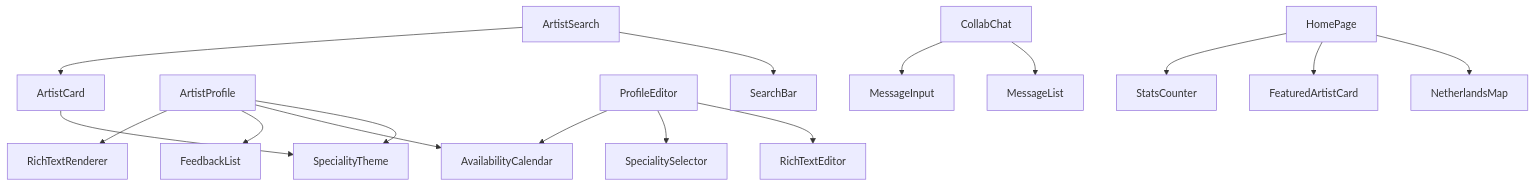
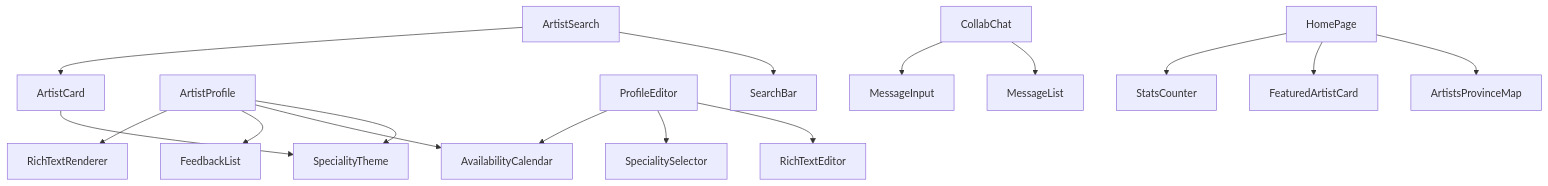
One commit to nrajesh/artist-discovery-portal changed the third of 4 diagrams in .kiro/specs/carnatic-artist-portal/design.md. Above: the diagram before and after it, drawn with Mermaid. The commit also changed other lines of this file and 27 other files, not shown here.

````diff
--- a/.kiro/specs/carnatic-artist-portal/design.md
+++ b/.kiro/specs/carnatic-artist-portal/design.md
@@ -168,18 +169,18 @@
 ```mermaid
 graph TD
     ArtistCard --> SpecialityTheme
     ArtistProfile --> SpecialityTheme
     ArtistProfile --> AvailabilityCalendar
     ArtistProfile --> FeedbackList
     ArtistProfile --> RichTextRenderer
     ProfileEditor --> RichTextEditor
     ProfileEditor --> SpecialitySelector
     ProfileEditor --> AvailabilityCalendar
     CollabChat --> MessageList
     CollabChat --> MessageInput
     ArtistSearch --> SearchBar
     ArtistSearch --> ArtistCard
-    HomePage --> NetherlandsMap
+    HomePage --> ArtistsProvinceMap
     HomePage --> FeaturedArtistCard
     HomePage --> StatsCounter
 ```
````
